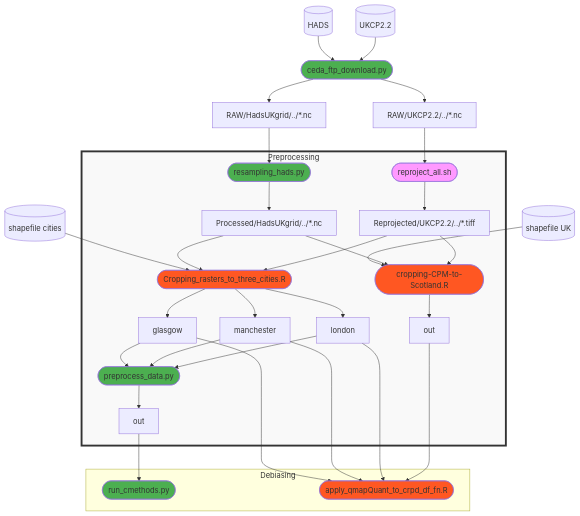
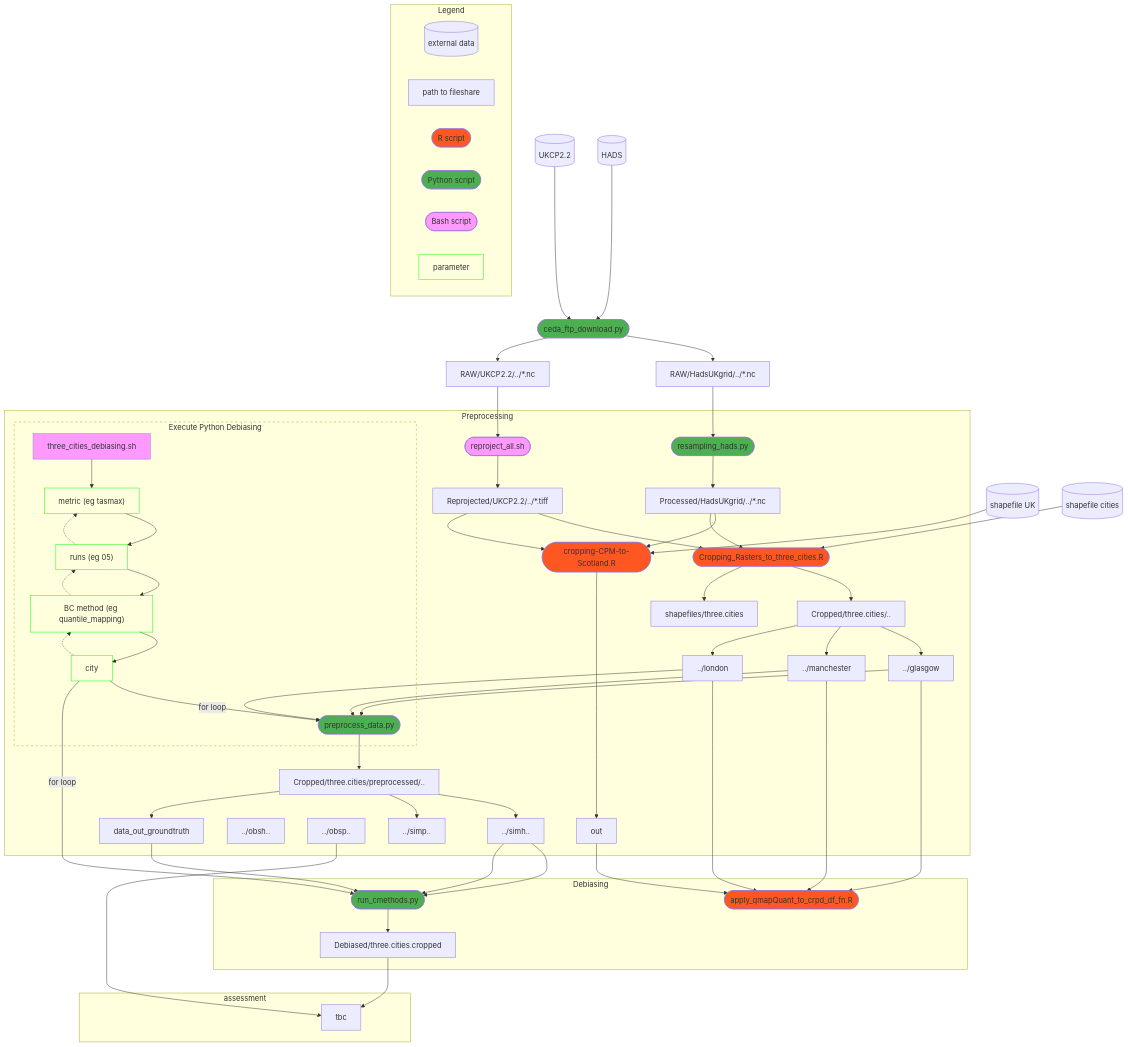
Before and after one commit to alan-turing-institute/clim-recal: the diagram in docs/pipeline.md, drawn with Mermaid.

Commit message:
ENH: pipeline viz; add wrapper script with parameters, add output path from python preprocess

````diff
--- a/docs/pipeline.md
+++ b/docs/pipeline.md
@@ -4,6 +4,15 @@
 ```mermaid
 
-graph TD
+graph TB
+
+subgraph Legend
+    data_external[(external data)]
+    data_fileshare[path to fileshare]
+    script_r([R script])
+    script_py([Python script])
+    script_bash([Bash script])
+    var[parameter]:::var
+end
 
 data_hads[(HADS)]
 data_cpm[(UKCP2.2)]
@@ -25,20 +34,26 @@
 data_shape_cities --> script_crop_city
 
 subgraph Preprocessing
-    style Preprocessing fill:#f9f9f9,stroke:#333,stroke-width:4px
     
     script_resampling([resampling_hads.py])
     script_reproject([reproject_all.sh])  
     script_preproc([preprocess_data.py])
     script_crop_uk([cropping-CPM-to-Scotland.R])
-    script_crop_city([Cropping_rasters_to_three_cities.R])
+    script_crop_city([Cropping_Rasters_to_three_cities.R])
     
     data_hads_res[Processed/HadsUKgrid/../*.nc]
     data_cpm_rep[Reprojected/UKCP2.2/../*.tiff]
-    data_gl[glasgow]
-    data_ma[manchester]
-    data_lon[london]
-    data_out2[out]
+
+    data_cropped[Cropped/three.cities/..]
+    data_gl[../glasgow]
+    data_ma[../manchester]
+    data_lon[../london]
+    data_outdir[Cropped/three.cities/preprocessed/..]
+    data_out_train[../simh..]
+    data_out_validate[../simp..]
+    data_out_groundtruth_h[../obsh..]
+    data_out_groundtruth_p[../obsp..]
+    data_out3[out]
     data_out3[out]
     
     script_resampling --> data_hads_res
@@ -47,45 +62,86 @@
     data_hads_res --> script_crop_uk
     data_hads_res --> script_crop_city
 
-    
-    script_crop_city --> data_gl
-    script_crop_city --> data_ma
-    script_crop_city --> data_lon
+    script_crop_city --> data_cropped
+    script_crop_city --> data_shapefile_cities[shapefiles/three.cities]
+    data_cropped --> data_gl
+    data_cropped --> data_ma
+    data_cropped --> data_lon
 
 
     data_gl --> script_preproc
     data_ma --> script_preproc
     data_lon --> script_preproc
-    script_preproc --> data_out2
+    script_preproc --> data_outdir
+    data_outdir --> data_out_train
+    data_outdir --> data_out_validate
+    data_outdir --> data_out_groundtruth
     script_crop_uk --> data_out3
     
     data_cpm_rep --> script_crop_city
     data_cpm_rep --> script_crop_uk
+    
+        subgraph innerSubgraph[Execute Python Debiasing]
+        script_BC_wrapper[three_cities_debiasing.sh]
+        param1["metric (eg tasmax)"]:::var
+        param2["runs (eg 05)"]:::var
+        param3["BC method (eg quantile_mapping)"]:::var
+        param4[city]:::var
 
+        script_BC_wrapper --> param1
+        param1 --> param2
+        param2 --> param3
+        param3 --> param4
+        param4 -- for loop --> script_preproc
+
+        %% Looping connections
+        param4 -.-> param3
+        param3 -.-> param2
+        param2 -.-> param1
+    end
+    
 end
 
 
+subgraph assessment
+    script_asses[tbc]
+    data_out_groundtruth_p --> script_asses
+end
+
+
+
 subgraph Debiasing
+    param4 -- for loop --> script_bc_py
+
     
     script_bc_py([run_cmethods.py])
+    data_out[Debiased/three.cities.cropped]
+    data_out --> script_asses
     script_bc_r([apply_qmapQuant_to_crpd_df_fn.R])
     
-    data_out2 --> script_bc_py
+    data_out_train --> script_bc_py
+    data_out_train --> script_bc_py
+    data_out_groundtruth --> script_bc_py
+    
+    script_bc_py-->data_out
+    
+    
     data_gl --> script_bc_r
     data_ma --> script_bc_r
     data_lon --> script_bc_r
     data_out3 --> script_bc_r
-    
-    
-    
+
 end
 
 
 classDef python fill:#4CAF50;
 classDef r fill:#FF5722;
 classDef bash fill:#f9f
+classDef var fill:none,stroke:#0f0;
+classDef dashed stroke-dasharray: 5 5; 
 
-class script_crop_city,script_crop_uk,script_bc_r r;
-class script_load,script_resampling,script_preproc,script_bc_py python;
-class script_reproject bash;
+class script_crop_city,script_crop_uk,script_bc_r,script_r r;
+class script_load,script_resampling,script_preproc,script_bc_py,script_py python;
+class script_reproject,script_BC_wrapper,script_bash bash;
+class innerSubgraph dashed;
 ```
````
